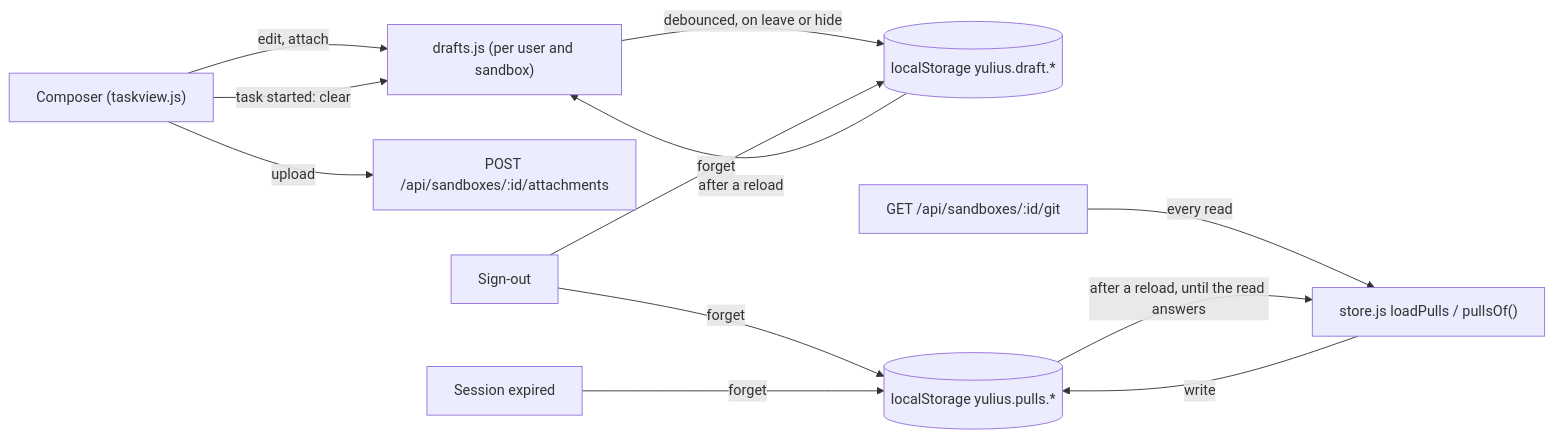
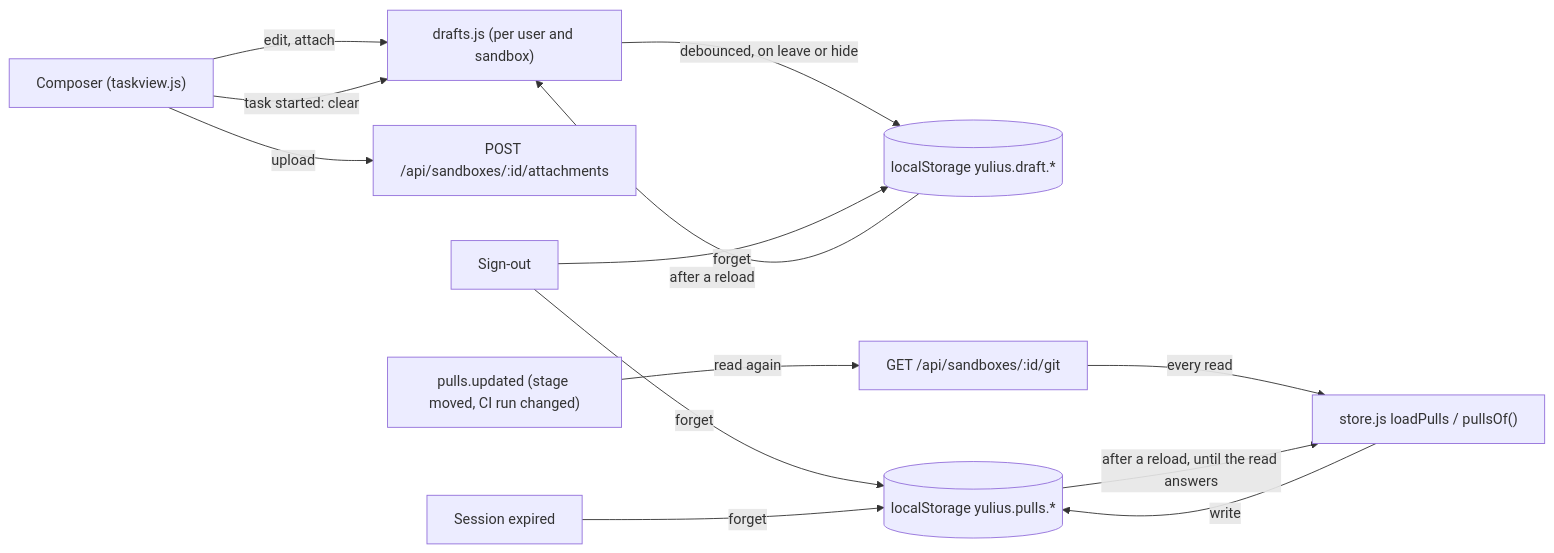
Before and after one commit to Quartio-Studio/yulius: diagram 16 of 20 in docs/architecture.md, drawn with Mermaid. The commit also changed other lines of this file and 18 other files, not shown here.

````diff
--- a/docs/architecture.md
+++ b/docs/architecture.md
@@ -491,14 +497,15 @@
 ```mermaid
 flowchart LR
   C["Composer (taskview.js)"] -->|"edit, attach"| D["drafts.js (per user and sandbox)"]
   C -->|"upload"| U["POST /api/sandboxes/:id/attachments"]
   D -->|"debounced, on leave or hide"| LS[("localStorage yulius.draft.*")]
   LS -->|"after a reload"| D
   C -->|"task started: clear"| D
   SO["Sign-out"] -->|"forget"| LS
   G["GET /api/sandboxes/:id/git"] -->|"every read"| P["store.js loadPulls / pullsOf()"]
+  EV["pulls.updated (stage moved, CI run changed)"] -->|"read again"| G
   P -->|"write"| LP[("localStorage yulius.pulls.*")]
   LP -->|"after a reload, until the read answers"| P
   SO -->|"forget"| LP
   EX["Session expired"] -->|"forget"| LP
 ```
````
